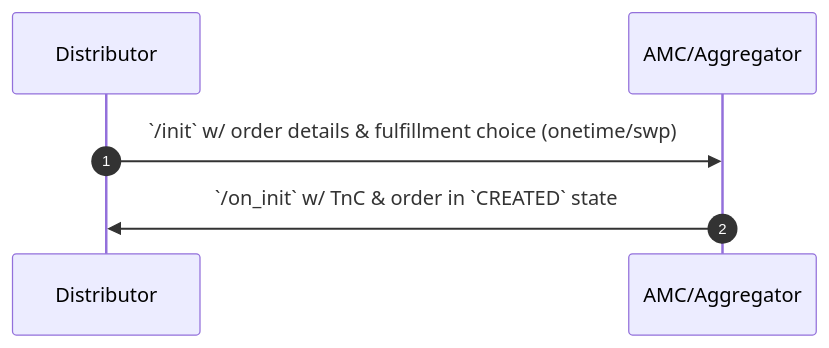
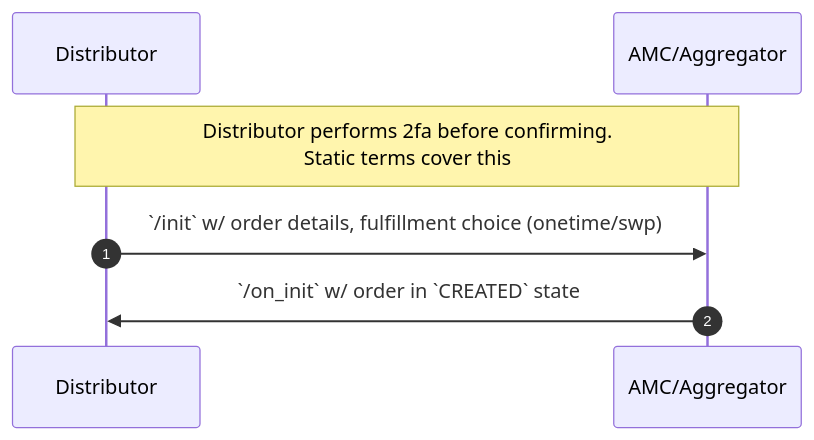
Before and after one commit to ONDC-Official/ONDC-FIS-Specifications: the third of 5 diagrams in api/components/docs/stage-order.md, drawn with Mermaid. The commit also changed other lines of this file and 31 other files, not shown here.

````diff
--- a/api/components/docs/stage-order.md
+++ b/api/components/docs/stage-order.md
@@ -92,8 +93,9 @@
 ```mermaid
 sequenceDiagram
     autonumber
     participant bap AS Distributor
     participant bpp AS AMC/Aggregator
-    bap ->> bpp: `/init` w/ order details & fulfillment choice (onetime/swp)
-    bpp ->> bap: `/on_init` w/ TnC & order in `CREATED` state
+    Note over bap, bpp: Distributor performs 2fa before confirming. <br /> Static terms cover this
+    bap ->> bpp: `/init` w/ order details, fulfillment choice (onetime/swp)
+    bpp ->> bap: `/on_init` w/ order in `CREATED` state
 ```
````
